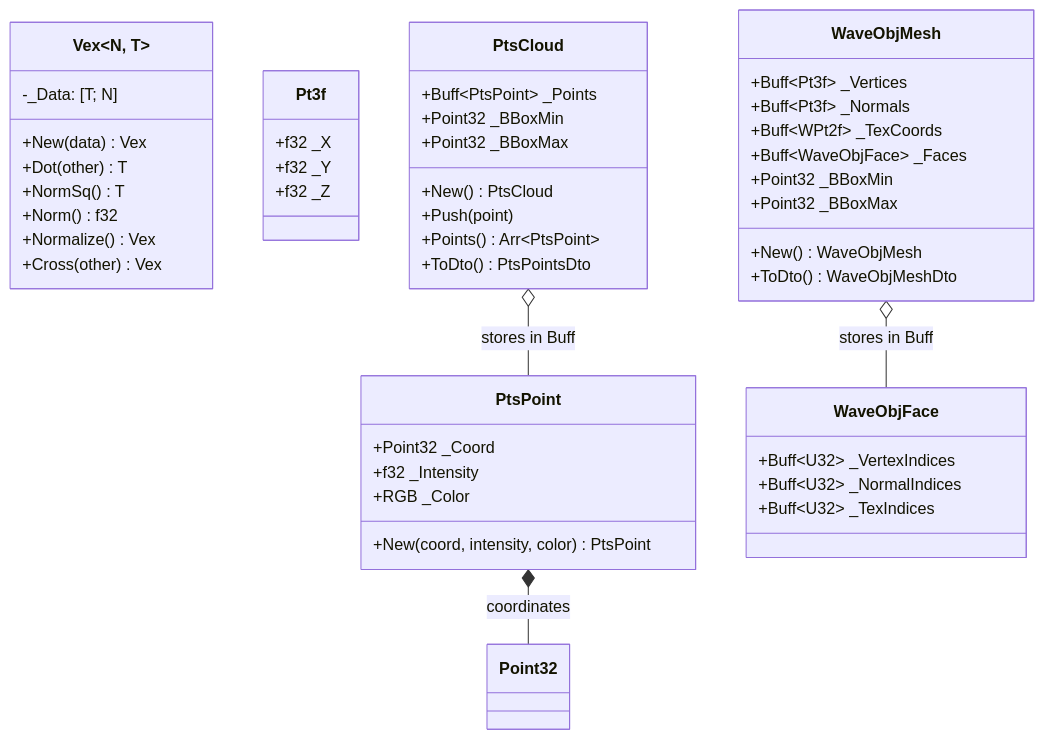
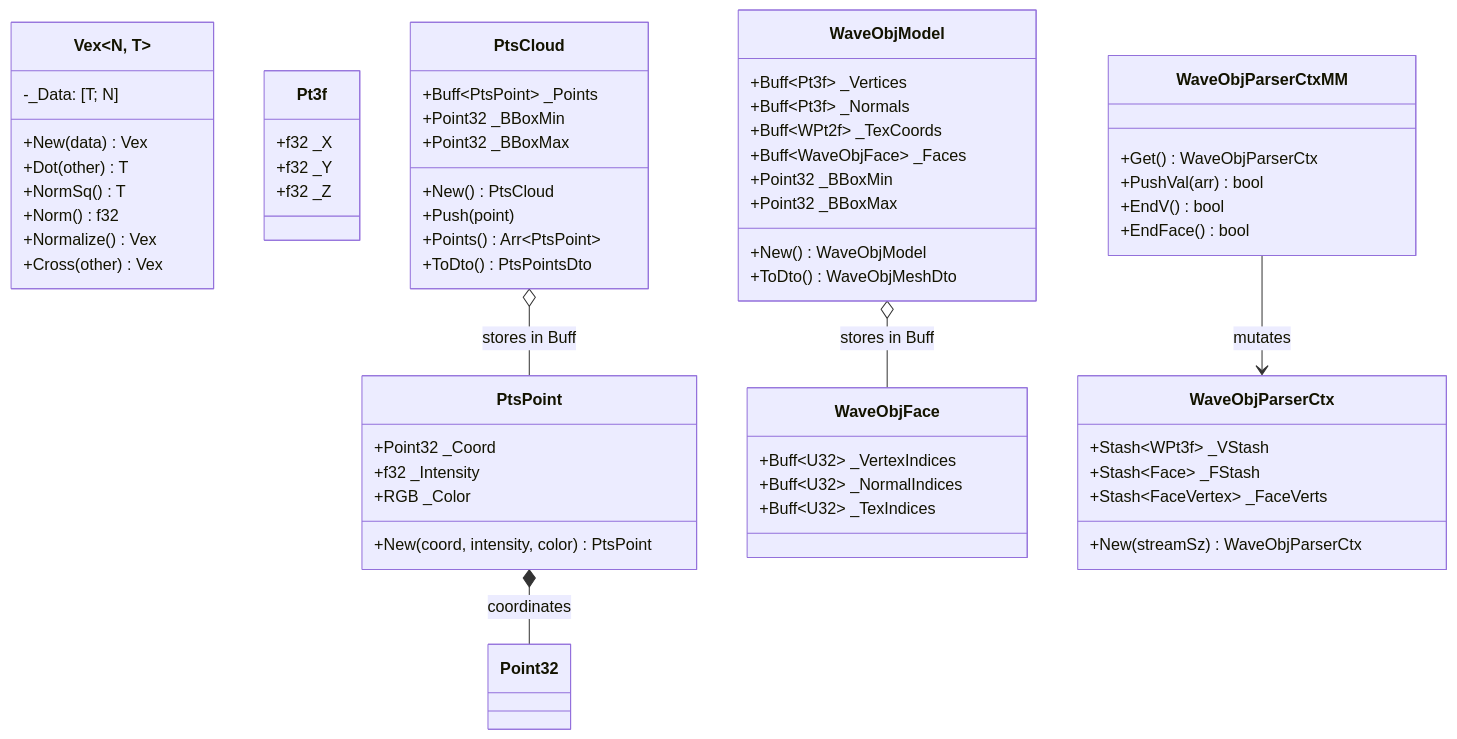
One commit to jswarup/Kosh changed the diagram in wiki/Fleck.md. Above: the diagram before and after it, drawn with Mermaid. The commit also changed other lines of this file and 1 other file, not shown here.

Commit message:
Refactor WaveObj parser: Use WaveObjParserCtx for zero-overhead Stash management and simplify AST closures

````diff
--- a/wiki/Fleck.md
+++ b/wiki/Fleck.md
@@ -15,56 +15,72 @@
 ```mermaid
 classDiagram
     class Vex~N, T~ {
         -_Data: [T; N]
         +New(data) Vex
         +Dot(other) T
         +NormSq() T
         +Norm() f32
         +Normalize() Vex
         +Cross(other) Vex
     }
 
     class Pt3f {
         +f32 _X
         +f32 _Y
         +f32 _Z
     }
 
     class PtsPoint {
         +Point32 _Coord
         +f32 _Intensity
         +RGB _Color
         +New(coord, intensity, color) PtsPoint
     }
 
     class PtsCloud {
         +Buff~PtsPoint~ _Points
         +Point32 _BBoxMin
         +Point32 _BBoxMax
         +New() PtsCloud
         +Push(point)
         +Points() Arr~PtsPoint~
         +ToDto() PtsPointsDto
     }
 
-    class WaveObjMesh {
+    class WaveObjModel {
         +Buff~Pt3f~ _Vertices
         +Buff~Pt3f~ _Normals
         +Buff~WPt2f~ _TexCoords
         +Buff~WaveObjFace~ _Faces
         +Point32 _BBoxMin
         +Point32 _BBoxMax
-        +New() WaveObjMesh
+        +New() WaveObjModel
         +ToDto() WaveObjMeshDto
     }
 
     class WaveObjFace {
         +Buff~U32~ _VertexIndices
         +Buff~U32~ _NormalIndices
         +Buff~U32~ _TexIndices
     }
 
+
+    class WaveObjParserCtx {
+        +Stash~WPt3f~ _VStash
+        +Stash~Face~ _FStash
+        +Stash~FaceVertex~ _FaceVerts
+        +New(streamSz) WaveObjParserCtx
+    }
+
+    class WaveObjParserCtxMM {
+        +Get() WaveObjParserCtx
+        +PushVal(arr) bool
+        +EndV() bool
+        +EndFace() bool
+    }
+    WaveObjParserCtxMM --> WaveObjParserCtx : mutates
+
     PtsPoint *-- Point32 : coordinates
     PtsCloud o-- PtsPoint : stores in Buff
-    WaveObjMesh o-- WaveObjFace : stores in Buff
+    WaveObjModel o-- WaveObjFace : stores in Buff
 ```
````
